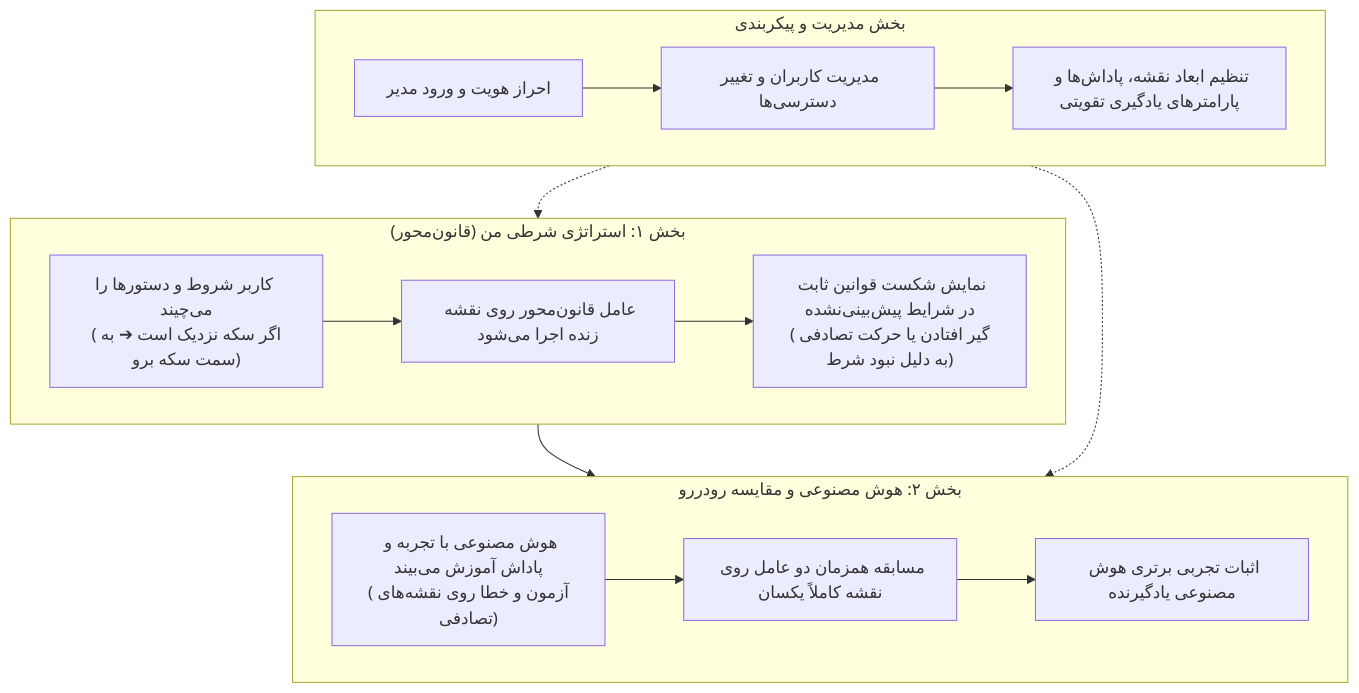
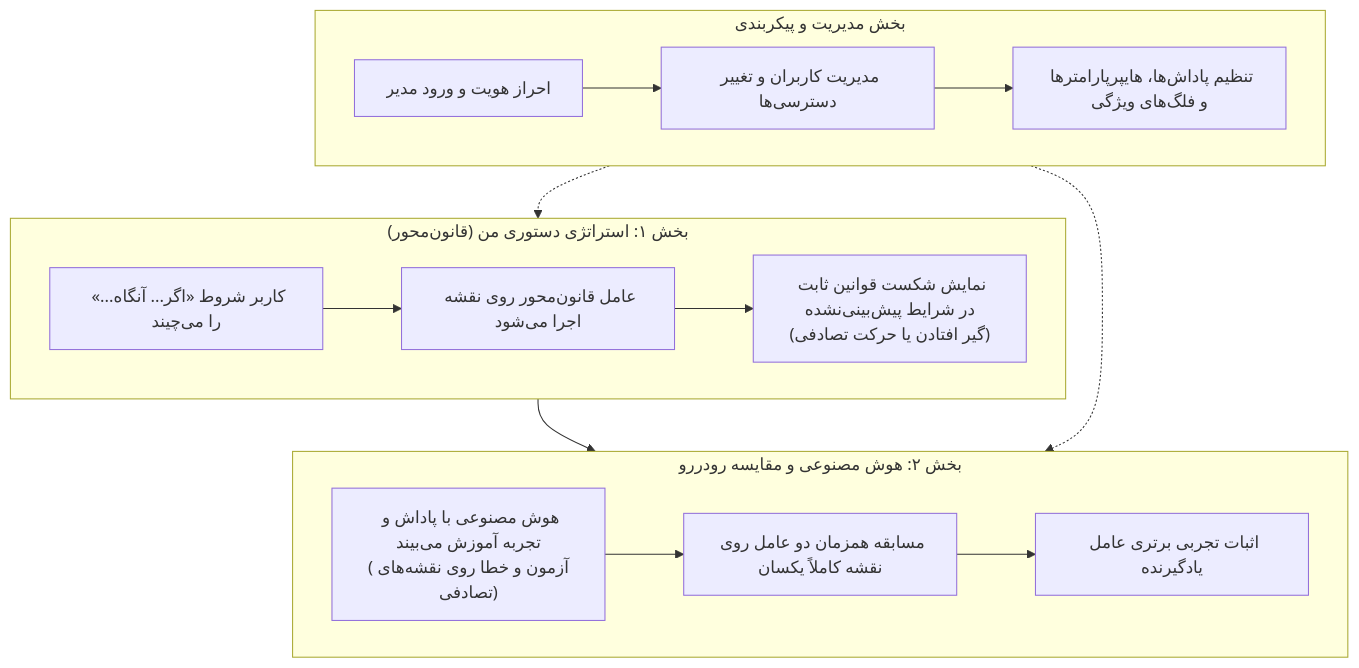
The diagram in README.md (Sorooshsatary/ai-game-rl), drawn with Mermaid before and after one commit. The commit also changed other lines of this file, not shown here.

````diff
--- a/README.md
+++ b/README.md
@@ -27,21 +33,21 @@
 ```mermaid
 graph TD
-    subgraph Part1 ["بخش ۱: استراتژی شرطی من (قانون‌محور)"]
-        A["کاربر شروط و دستورها را می‌چیند<br>(اگر سکه نزدیک است ➔ به سمت سکه برو)"] --> B["عامل قانون‌محور روی نقشه زنده اجرا می‌شود"]
-        B --> C["نمایش شکست قوانین ثابت در شرایط پیش‌بینی‌نشده<br>(گیر افتادن یا حرکت تصادفی به دلیل نبود شرط)"]
+    subgraph Part1 ["بخش ۱: استراتژی دستوری من (قانون‌محور)"]
+        A["کاربر شروط «اگر... آنگاه...» را می‌چیند"] --> B["عامل قانون‌محور روی نقشه اجرا می‌شود"]
+        B --> C["نمایش شکست قوانین ثابت در شرایط پیش‌بینی‌نشده<br>(گیر افتادن یا حرکت تصادفی)"]
     end
 
     subgraph Part2 ["بخش ۲: هوش مصنوعی و مقایسه رو‌در‌رو"]
-        D["هوش مصنوعی با تجربه و پاداش آموزش می‌بیند<br>(آزمون و خطا روی نقشه‌های تصادفی)"] --> E["مسابقه همزمان دو عامل روی نقشه کاملاً یکسان"]
-        E --> F["اثبات تجربی برتری هوش مصنوعی یادگیرنده"]
+        D["هوش مصنوعی با پاداش و تجربه آموزش می‌بیند<br>(آزمون و خطا روی نقشه‌های تصادفی)"] --> E["مسابقه همزمان دو عامل روی نقشه کاملاً یکسان"]
+        E --> F["اثبات تجربی برتری عامل یادگیرنده"]
     end
 
     subgraph Admin ["بخش مدیریت و پیکربندی"]
         G["احراز هویت و ورود مدیر"] --> H["مدیریت کاربران و تغییر دسترسی‌ها"]
-        H --> I["تنظیم ابعاد نقشه، پاداش‌ها و پارامترهای یادگیری تقویتی"]
+        H --> I["تنظیم پاداش‌ها، هایپرپارامترها و فلگ‌های ویژگی"]
     end
 
     Part1 --> Part2
     Admin -.-> Part1
     Admin -.-> Part2
 ```
````
